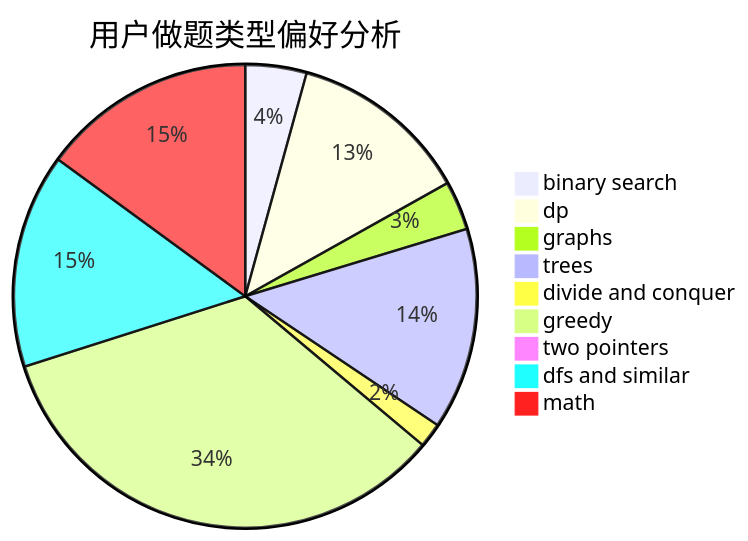
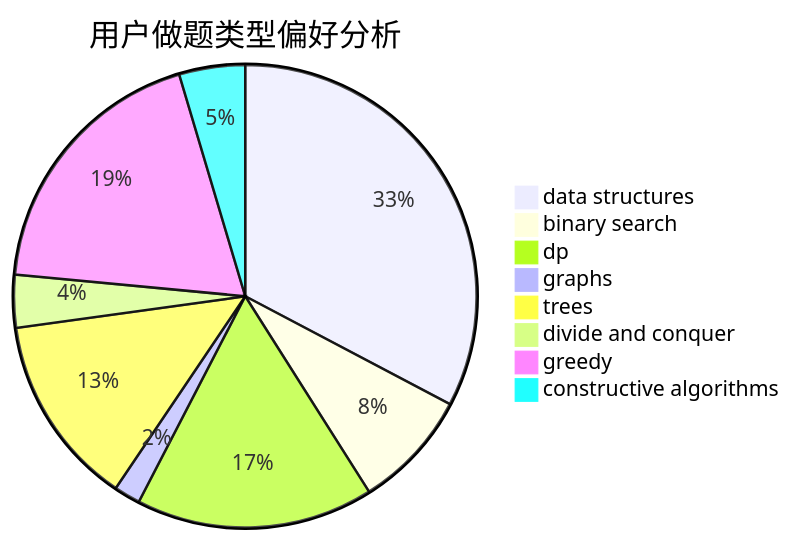
Before and after one commit to sherpahu/cfrs.github.io: the second of 3 diagrams in docs/user/u1138.md, drawn with Mermaid. The commit also changed other lines of this file and 2775 other files, not shown here.

````diff
--- a/docs/user/u1138.md
+++ b/docs/user/u1138.md
@@ -23,12 +23,11 @@
 ```mermaid
 pie title 用户做题类型偏好分析
-    "binary search" :  20
-    "dp" :  59
-    "graphs" :  16
-    "trees" :  66
+    "data structures" :  71
+    "binary search" :  18
+    "dp" :  36
+    "graphs" :  4
+    "trees" :  29
     "divide and conquer" :  8
-    "greedy" :  159
-    "two pointers" :  2
-    "dfs and similar" :  70
-    "math" :  70
+    "greedy" :  41
+    "constructive algorithms" :  10
 ```
````
